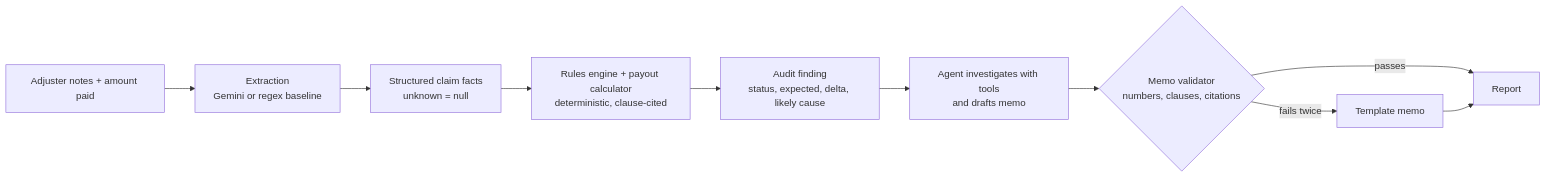
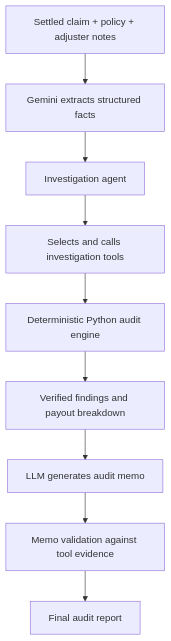
One commit to sharvari1126/ClaimsPilot changed the diagram in README.md. Above: the diagram before and after it, drawn with Mermaid. The commit also changed other lines of this file, not shown here.

````diff
--- a/README.md
+++ b/README.md
@@ -15,11 +36,11 @@
 ```mermaid
-flowchart LR
-  A[Adjuster notes + amount paid] --> B[Extraction<br/>Gemini or regex baseline]
-  B --> C[Structured claim facts<br/>unknown = null]
-  C --> D[Rules engine + payout calculator<br/>deterministic, clause-cited]
-  D --> E[Audit finding<br/>status, expected, delta, likely cause]
-  E --> F[Agent investigates with tools<br/>and drafts memo]
-  F --> G{Memo validator<br/>numbers, clauses, citations}
-  G -- passes --> H[Report]
-  G -- fails twice --> I[Template memo] --> H
+flowchart TD
+    A["Settled claim + policy + adjuster notes"] --> B["Gemini extracts structured facts"]
+    B --> C["Investigation agent"]
+    C --> D["Selects and calls investigation tools"]
+    D --> E["Deterministic Python audit engine"]
+    E --> F["Verified findings and payout breakdown"]
+    F --> G["LLM generates audit memo"]
+    G --> H["Memo validation against tool evidence"]
+    H --> I["Final audit report"]
 ```
````
